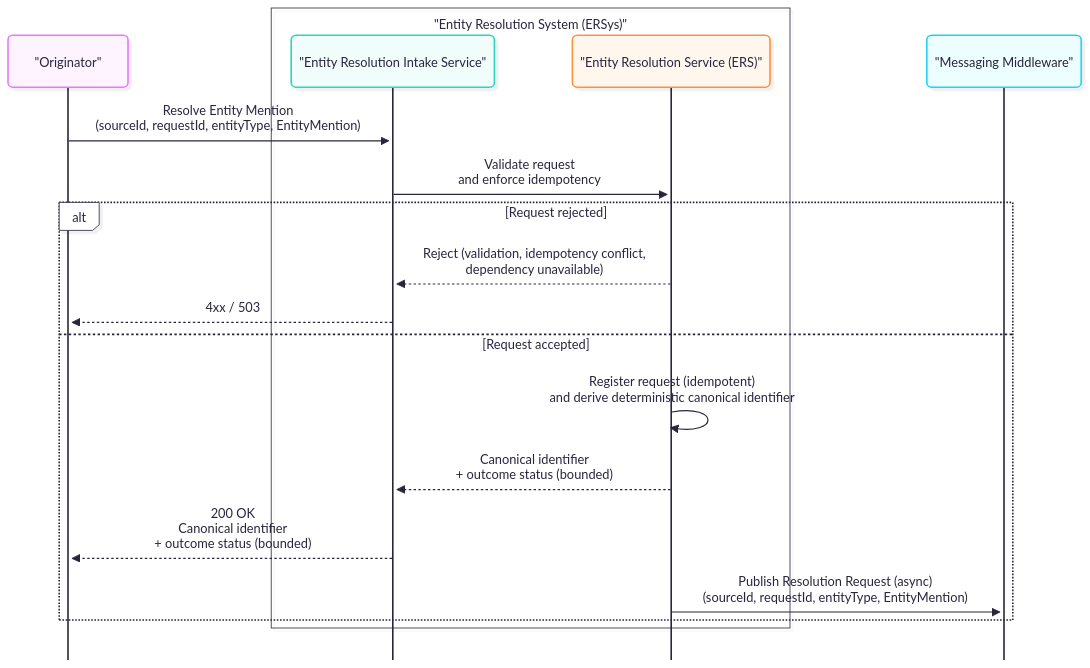
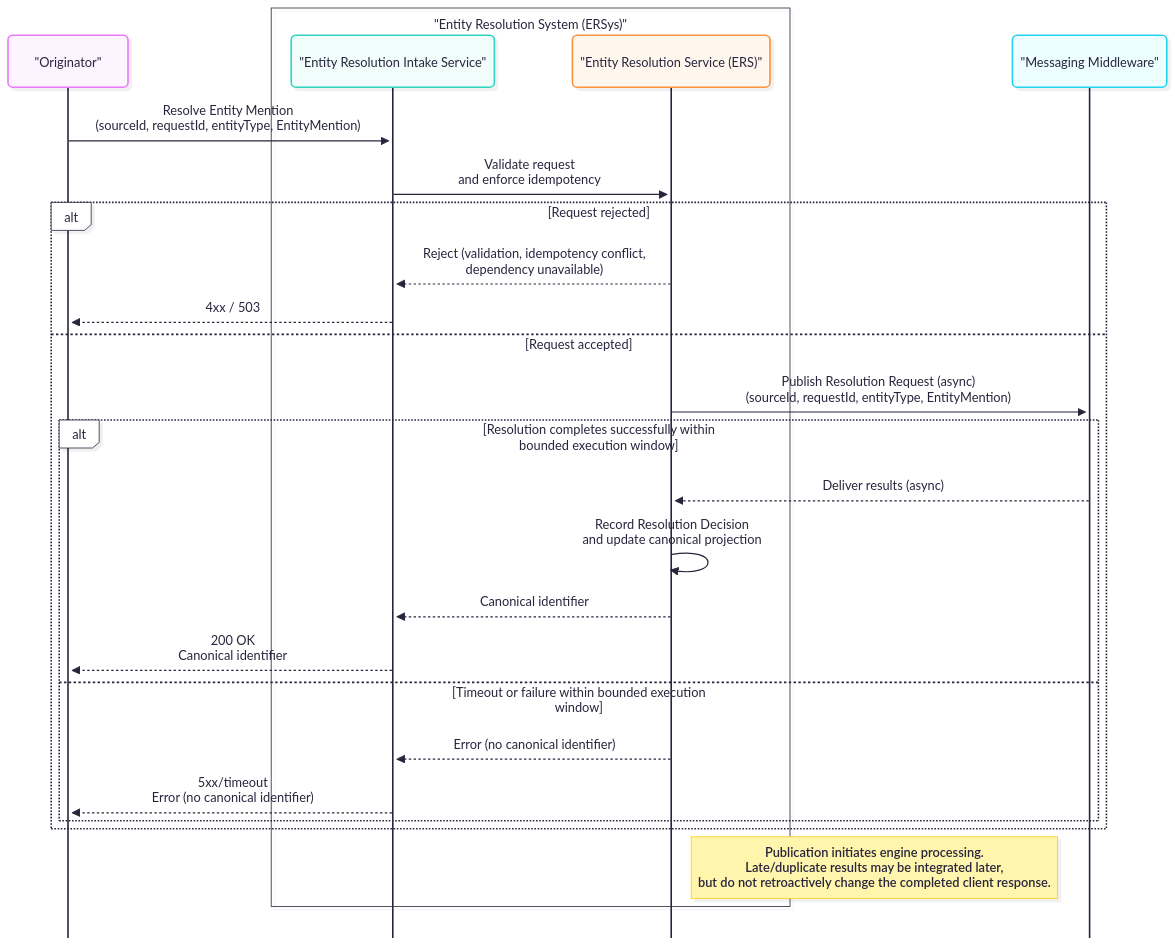
The diagram in docs/architecture/sequence_diagrams/spine-A-Resolve-EntityMention(simplified).mmd (OP-TED/entity-resolution-spec), drawn with Mermaid before and after one commit. The commit also changed 8 other files, not shown here.

First line of the commit message:
update the diagrams

```diff
--- a/docs/architecture/sequence_diagrams/spine-A-Resolve-EntityMention(simplified).mmd
+++ b/docs/architecture/sequence_diagrams/spine-A-Resolve-EntityMention(simplified).mmd
@@ -1,41 +1,46 @@
 ---
 config:
   look: neo
   theme: redux-color
   mirrorActors: false
   sequence:
     bottomMarginAdj: 0.1
 ---
 sequenceDiagram
 %% Maps to EA diagram: UML Sequence (Spine A – simplified)
-%% Purpose: bounded resolve with deterministic canonical identifier and idempotent request handling.
-%% Shows: async publication that triggers Spine B.
-%% Excludes: detailed store choreography, ERE behaviour, result integration, curation, and rebuild.
+%% Purpose: bounded synchronous resolve with idempotent request handling.
+%% Shows: async publication to Messaging Middleware as part of the bounded resolve.
+%% Excludes: detailed store choreography, ERE logic, candidate integration details, curation, and rebuild.
 
 participant Originator as "Originator"
 
 box "Entity Resolution System (ERSys)"
     participant ERIntake as "Entity Resolution Intake Service"
     participant ERS as "Entity Resolution Service (ERS)"
 end
 
 participant MessagingMiddleware as "Messaging Middleware"
+%% participant ERE as "Entity Resolution Engine (ERE)"
 
 Originator ->> ERIntake: Resolve Entity Mention<br/>(sourceId, requestId, entityType, EntityMention)
-ERIntake ->> ERS: Validate request <br/>and enforce idempotency
+ERIntake ->> ERS: Validate request<br/>and enforce idempotency
 
 alt Request rejected
-    ERS -->> ERIntake: Reject (validation, idempotency conflict, <br/> dependency unavailable)
+    ERS -->> ERIntake: Reject (validation, idempotency conflict,<br/> dependency unavailable)
     ERIntake -->> Originator: 4xx / 503
 else Request accepted
-    ERS ->> ERS: Register request (idempotent)<br/>and derive deterministic canonical identifier
-    ERS -->> ERIntake: Canonical identifier <br/>+ outcome status (bounded)
-    ERIntake -->> Originator: 200 OK<br/>Canonical identifier <br/>+ outcome status (bounded)
+    ERS ->> MessagingMiddleware: Publish Resolution Request (async)<br/>(sourceId, requestId, entityType, EntityMention)
+    %% MessagingMiddleware ->> ERE: Deliver request (async)
 
-    ERS ->> MessagingMiddleware: Publish Resolution Request (async)<br/>(sourceId, requestId, entityType, EntityMention)
+    alt Resolution completes successfully within bounded execution window
+        MessagingMiddleware -->> ERS: Deliver results (async)
+        ERS ->> ERS: Record Resolution Decision<br/>and update canonical projection
+        ERS -->> ERIntake: Canonical identifier
+        ERIntake -->> Originator: 200 OK<br/>Canonical identifier
+    else Timeout or failure within bounded execution window
+        ERS -->> ERIntake: Error (no canonical identifier)
+        ERIntake -->> Originator: 5xx/timeout<br/>Error (no canonical identifier)
+    end
 end
 
-%% note right of ERS
-%%   Bounded response does not wait for ERE.
-%%   Publication to Messaging Middleware triggers Spine B.
-%% end
+note right of ERS: Publication initiates engine processing.<br>Late/duplicate results may be integrated later,<br> but do not retroactively change the completed client response.
```
